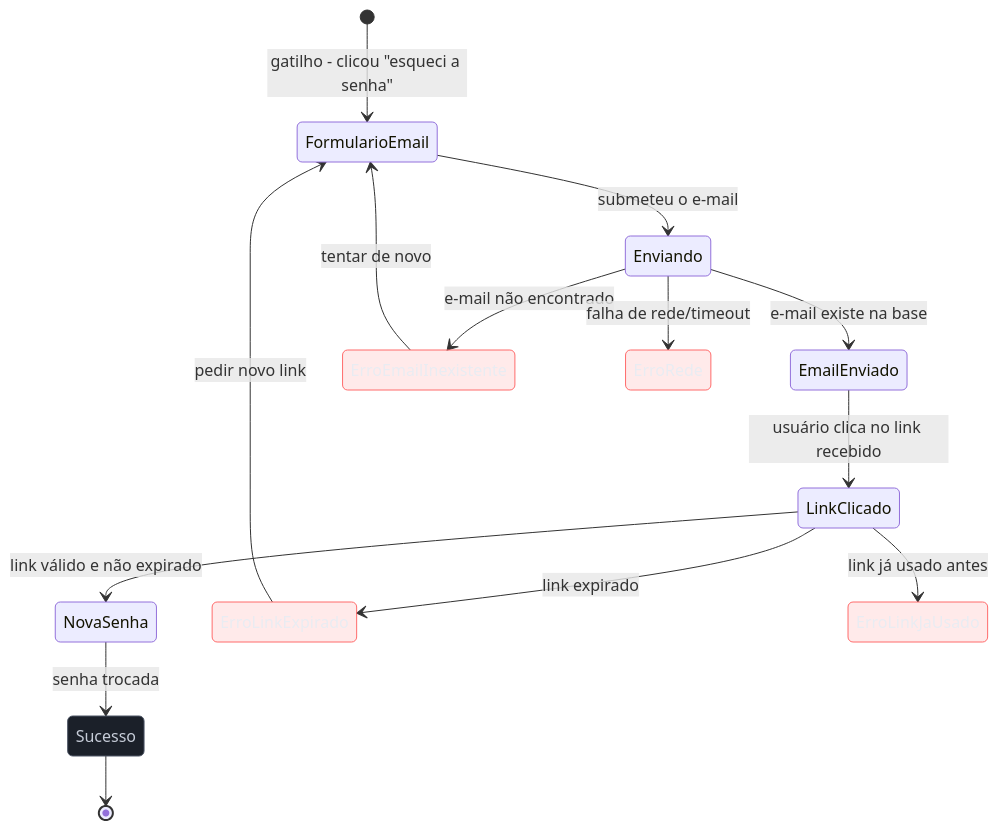
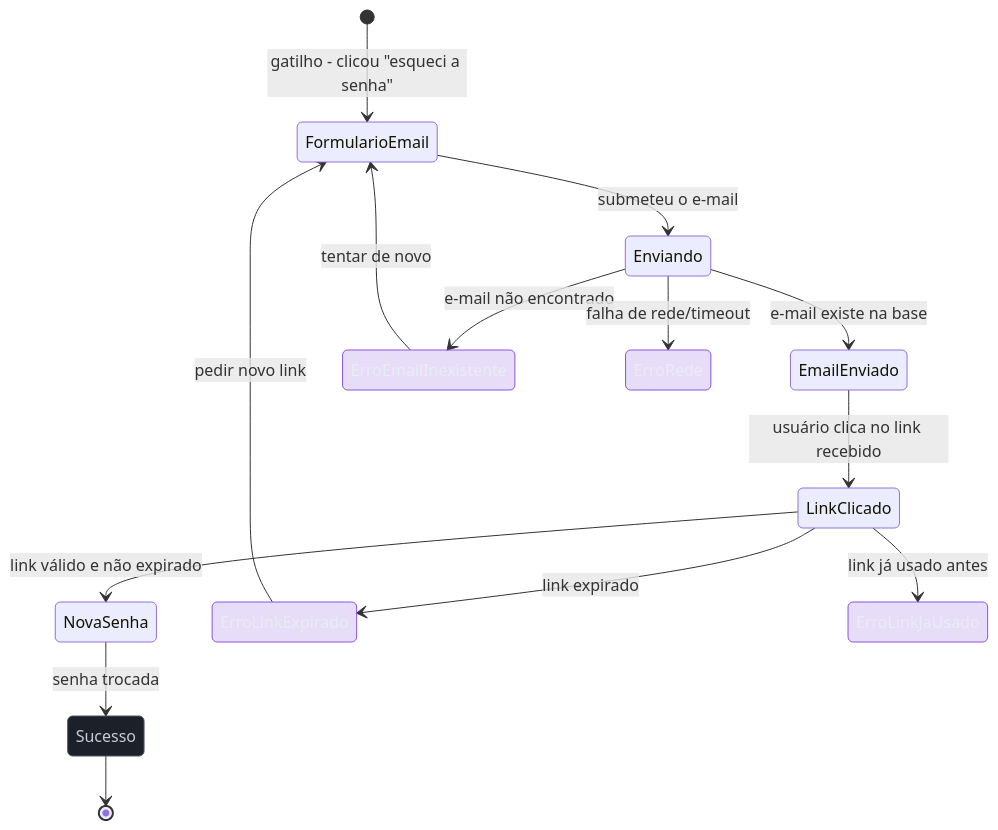
One commit to josenaldo/codex-technomanticus changed the diagram in 03-Dominios/Engenharia/UX/Design de Interação/19 - Do fluxo antes da tela - user flow como máquina de estados.md. Above: the diagram before and after it, drawn with Mermaid. The commit also changed 601 other files, not shown here.

````diff
--- a/03-Dominios/Engenharia/UX/Design de Interação/19 - Do fluxo antes da tela - user flow como máquina de estados.md
+++ b/03-Dominios/Engenharia/UX/Design de Interação/19 - Do fluxo antes da tela - user flow como máquina de estados.md
@@ -32,23 +32,23 @@
 ```mermaid
 stateDiagram-v2
+    classDef marca fill:#8855DF33,stroke:#8855DF,color:#E9ECF2
     classDef neutro fill:#1B2029,stroke:#4E5666,color:#C6CCD8
-    classDef falha fill:#FF6B6B24,stroke:#FF6B6B,color:#E9ECF2
     [*] --> FormularioEmail: gatilho - clicou "esqueci a senha"
     FormularioEmail --> Enviando: submeteu o e-mail
     Enviando --> EmailEnviado: e-mail existe na base
     Enviando --> ErroEmailInexistente: e-mail não encontrado
     Enviando --> ErroRede: falha de rede/timeout
     EmailEnviado --> LinkClicado: usuário clica no link recebido
     LinkClicado --> NovaSenha: link válido e não expirado
     LinkClicado --> ErroLinkExpirado: link expirado
     LinkClicado --> ErroLinkJaUsado: link já usado antes
     NovaSenha --> Sucesso: senha trocada
     ErroEmailInexistente --> FormularioEmail: tentar de novo
     ErroLinkExpirado --> FormularioEmail: pedir novo link
     Sucesso --> [*]
     class Sucesso neutro
-    class ErroEmailInexistente falha
-    class ErroRede falha
-    class ErroLinkExpirado falha
-    class ErroLinkJaUsado falha
+    class ErroEmailInexistente marca
+    class ErroRede marca
+    class ErroLinkExpirado marca
+    class ErroLinkJaUsado marca
 ```
````
